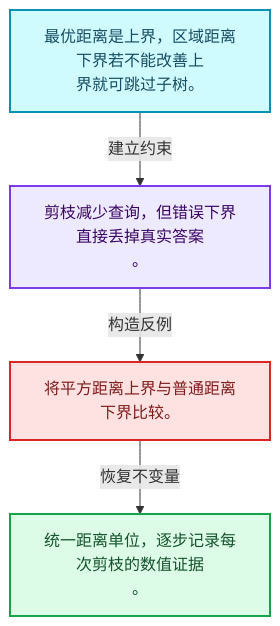
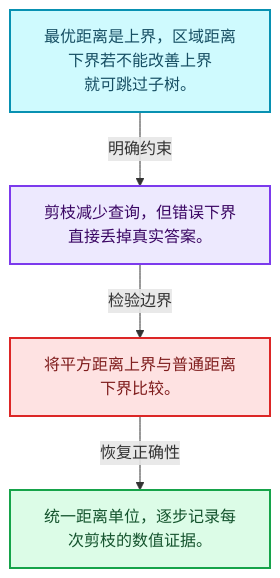
Before and after one commit to yunkezengren/blender-.vscode: the first of 4 diagrams in 杂/markdown/全面学习-codex/12-空间数据结构与几何算法/04-最近邻搜索与剪枝.md, drawn with Mermaid. The commit also changed other lines of this file and 1930 other files, not shown here.

````diff
--- a/杂/markdown/全面学习-codex/12-空间数据结构与几何算法/04-最近邻搜索与剪枝.md
+++ b/杂/markdown/全面学习-codex/12-空间数据结构与几何算法/04-最近邻搜索与剪枝.md
@@ -29,16 +29,16 @@
 ```mermaid
 flowchart TB
-  M["最优距离是上界，区域距离下界若不能改善上<br/>界就可跳过子树。"]:::data
-  T["剪枝减少查询，但错误下界直接丢掉真实答案<br/>。"]:::abstraction
-  X["将平方距离上界与普通距离下界比较。"]:::error
-  A["统一距离单位，逐步记录每次剪枝的数值证据<br/>。"]:::result
-  M -->|"建立约束"| T
-  T -->|"构造反例"| X
-  X -->|"恢复不变量"| A
+  M["最优距离是上界，区域距离下界若不能改善上界<br/>就可跳过子树。"]:::data
+  C["剪枝减少查询，但错误下界直接丢掉真实答案。"]:::abstraction
+  B["将平方距离上界与普通距离下界比较。"]:::error
+  R["统一距离单位，逐步记录每次剪枝的数值证据。"]:::result
+  M -->|"明确约束"| C
+  C -->|"检验边界"| B
+  B -->|"恢复正确性"| R
   classDef input fill:#DBEAFE,stroke:#2563EB,color:#172554,stroke-width:2px;
   classDef data fill:#CFFAFE,stroke:#0891B2,color:#164E63,stroke-width:2px;
   classDef abstraction fill:#EDE9FE,stroke:#7C3AED,color:#3B0764,stroke-width:2px;
   classDef compute fill:#FEF3C7,stroke:#D97706,color:#78350F,stroke-width:2px;
   classDef result fill:#DCFCE7,stroke:#16A34A,color:#14532D,stroke-width:2px;
   classDef error fill:#FEE2E2,stroke:#DC2626,color:#7F1D1D,stroke-width:2px;
 ```
````
